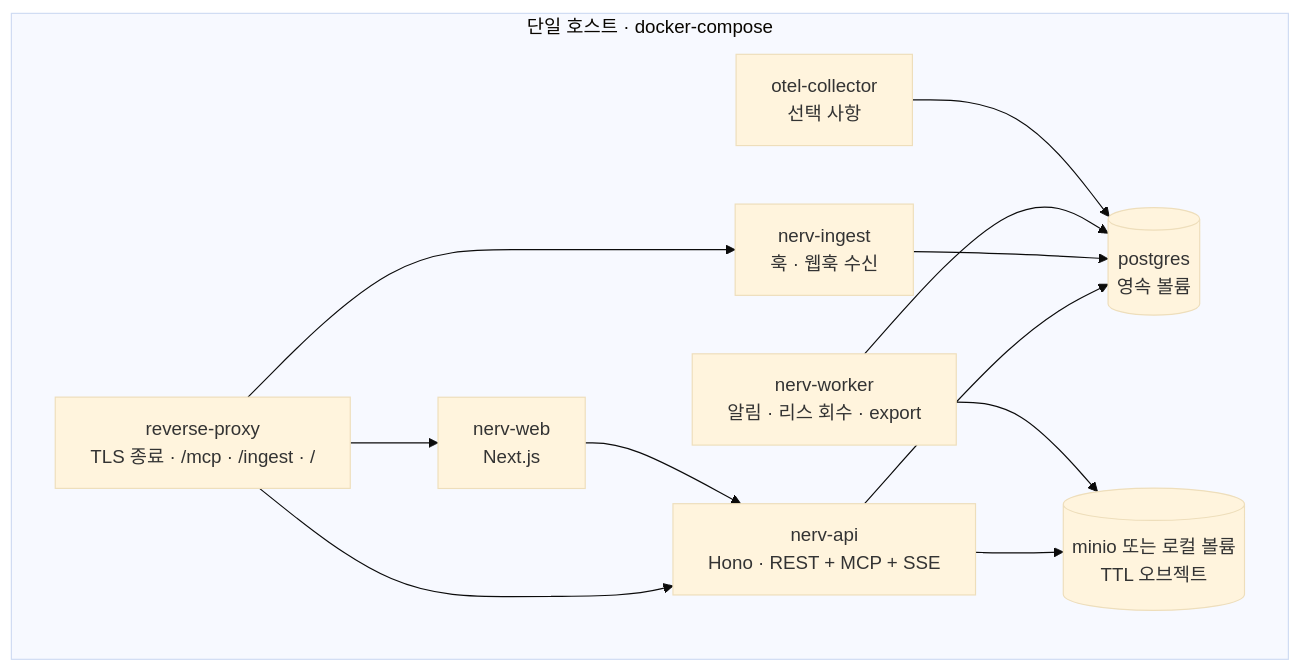
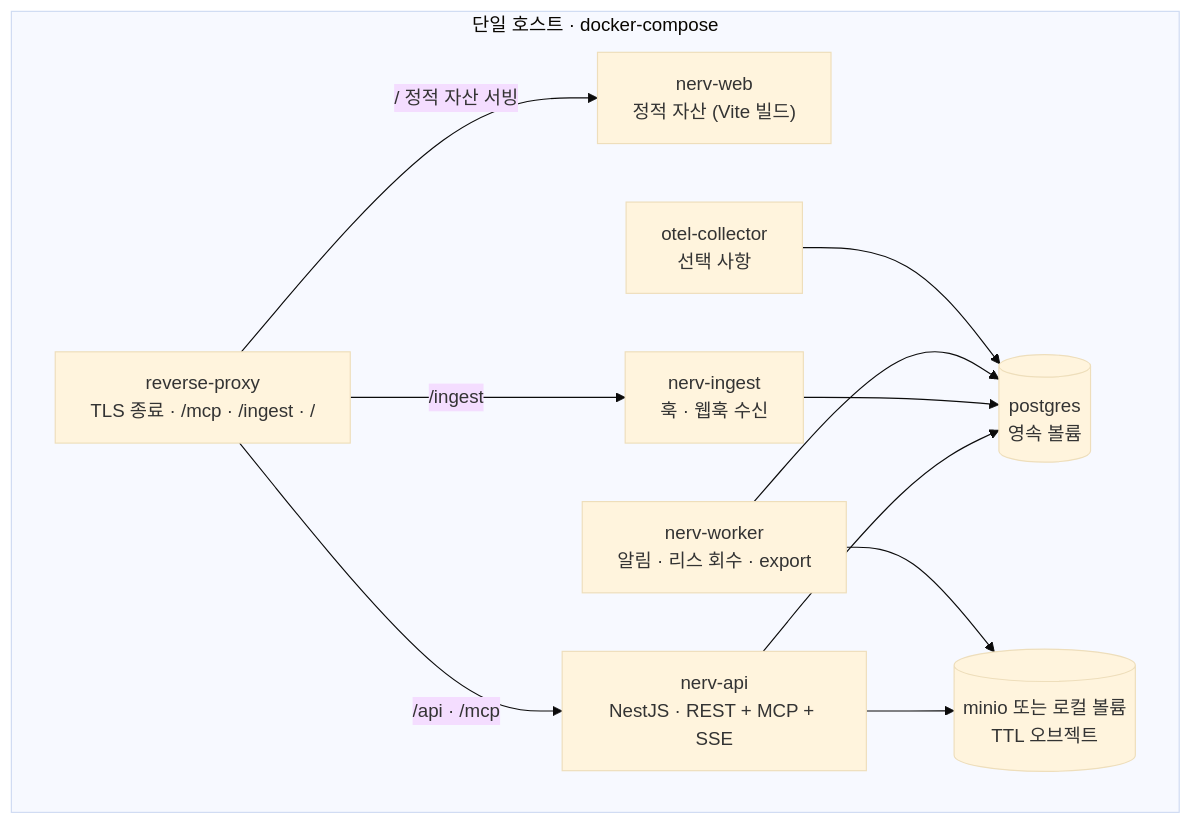
The sixth of 6 diagrams in docs/03-proposal/architecture.md (worker-ants/nerv), drawn with Mermaid (base theme) before and after one commit. The commit also changed other lines of this file and 4 other files, not shown here.

First line of the commit message:
docs: 기술 스택 확정 — 백엔드 NestJS, 프론트엔드 Vite

````diff
--- a/docs/03-proposal/architecture.md
+++ b/docs/03-proposal/architecture.md
@@ -345,23 +347,22 @@
 ```mermaid
 flowchart TB
   subgraph HOST["단일 호스트 · docker-compose"]
     RP["reverse-proxy<br/>TLS 종료 · /mcp · /ingest · /"]
-    W1["nerv-web<br/>Next.js"]
-    A1["nerv-api<br/>Hono · REST + MCP + SSE"]
+    W1["nerv-web<br/>정적 자산 (Vite 빌드)"]
+    A1["nerv-api<br/>NestJS · REST + MCP + SSE"]
     I1["nerv-ingest<br/>훅 · 웹훅 수신"]
     K1["nerv-worker<br/>알림 · 리스 회수 · export"]
     P1[("postgres<br/>영속 볼륨")]
     S1[("minio 또는 로컬 볼륨<br/>TTL 오브젝트")]
     O1["otel-collector<br/>선택 사항"]
   end
-  RP --> W1
-  RP --> A1
-  RP --> I1
-  W1 --> A1
+  RP -->|"/ 정적 자산 서빙"| W1
+  RP -->|"/api · /mcp"| A1
+  RP -->|"/ingest"| I1
   A1 --> P1
   I1 --> P1
   K1 --> P1
   A1 --> S1
   K1 --> S1
   O1 --> P1
 ```
````
